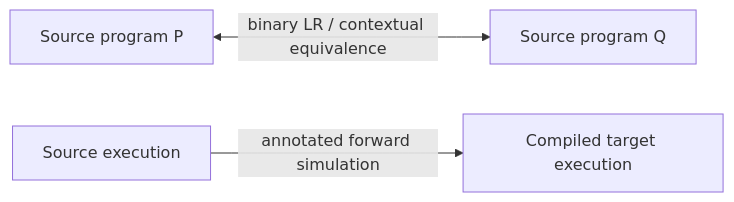
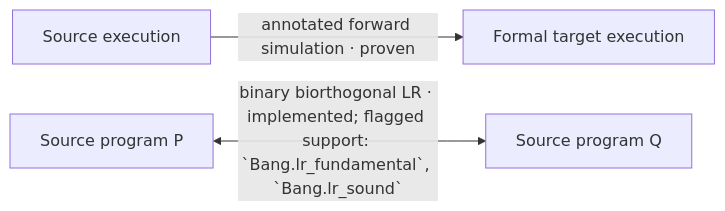
One commit to phibkro/bang changed the second of 3 diagrams in docs/architecture/core-overview.md. Above: the diagram before and after it, drawn with Mermaid. The commit also changed other lines of this file and 18 other files, not shown here.

First line of the commit message:
docs: render validated architecture evidence

````diff
--- a/docs/architecture/core-overview.md
+++ b/docs/architecture/core-overview.md
@@ -59,5 +74,9 @@
 ```mermaid
 flowchart LR
-  P1[Source program P] <-->|binary LR / contextual equivalence| P2[Source program Q]
-  S[Source execution] -->|annotated forward simulation| T[Compiled target execution]
+  n_736f757263652d657865637574696f6e["Source execution"]
+  n_736f757263652d70726f6772616d2d6c656674["Source program P"]
+  n_736f757263652d70726f6772616d2d7269676874["Source program Q"]
+  n_7461726765742d657865637574696f6e["Formal target execution"]
+  n_736f757263652d70726f6772616d2d6c656674 <-->|binary biorthogonal LR · implemented; flagged support: `Bang.lr_fundamental`, `Bang.lr_sound`| n_736f757263652d70726f6772616d2d7269676874
+  n_736f757263652d657865637574696f6e -->|annotated forward simulation · proven| n_7461726765742d657865637574696f6e
 ```
````
